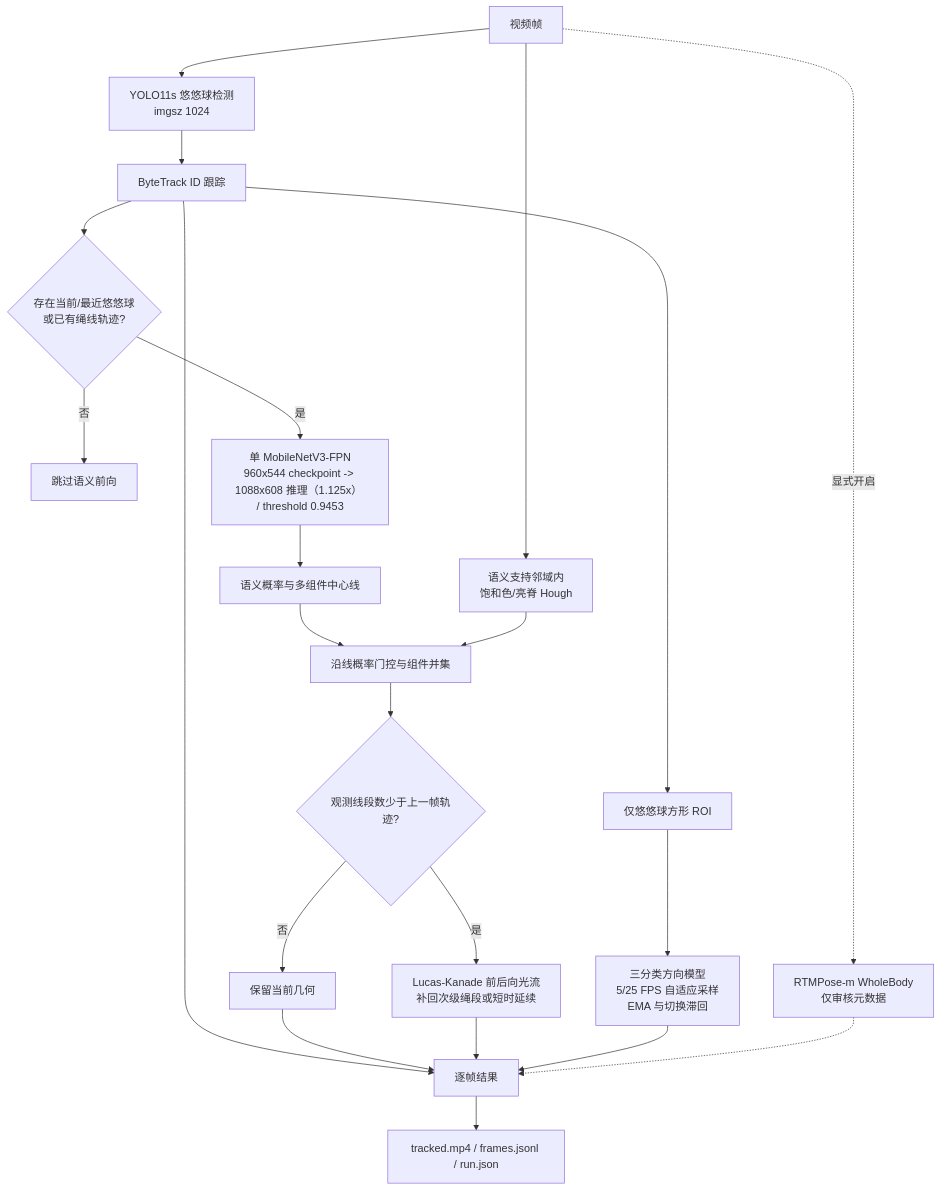
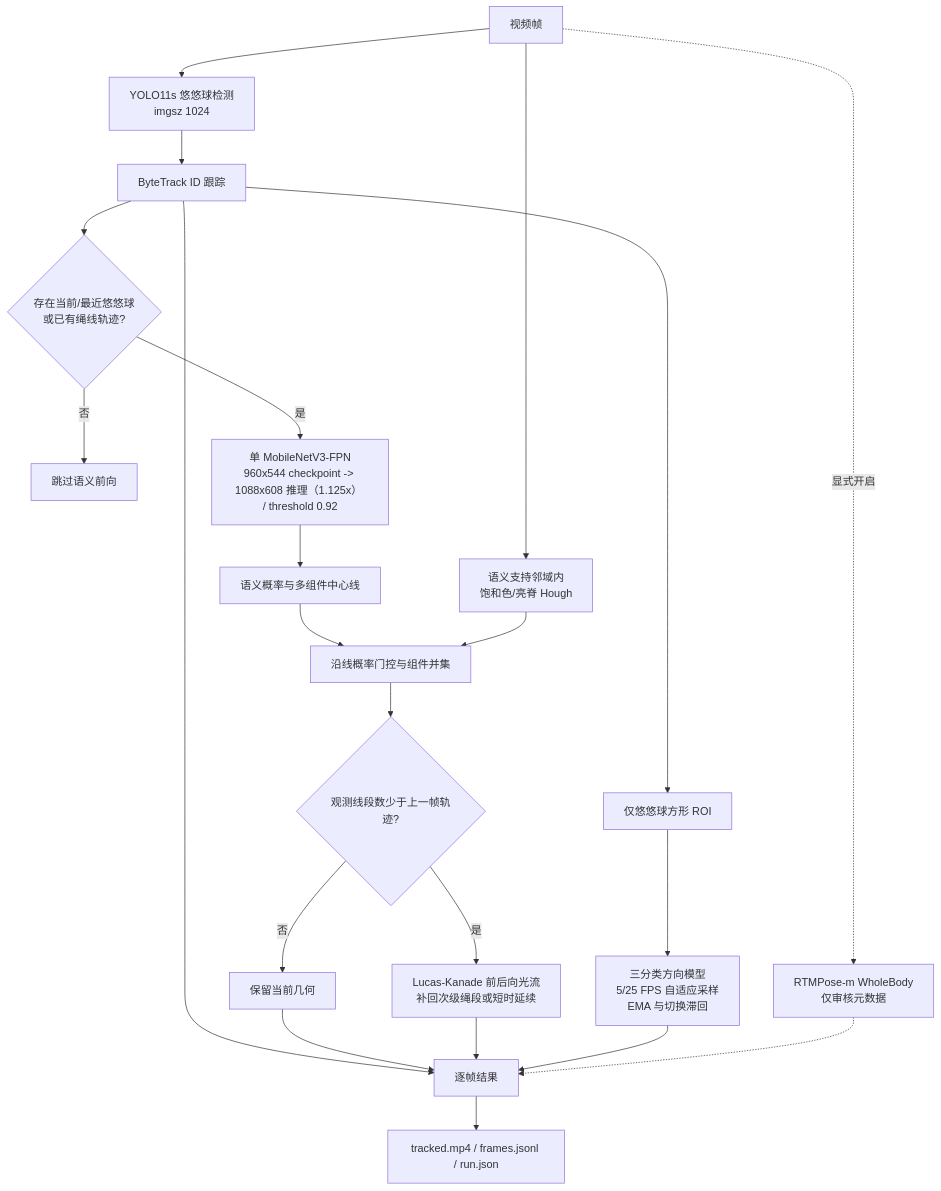
Before and after one commit to EvannZhongg/YoYo-Model: the diagram in reports/architecture_pipeline.md, drawn with Mermaid. The commit also changed 7 other files, not shown here.

````diff
--- a/reports/architecture_pipeline.md
+++ b/reports/architecture_pipeline.md
@@ -5,28 +5,28 @@
 ```mermaid
 flowchart TD
     A[视频帧] --> B[YOLO11s 悠悠球检测<br/>imgsz 1024]
     B --> C[ByteTrack ID 跟踪]
 
     C --> D{存在当前/最近悠悠球<br/>或已有绳线轨迹?}
     D -->|否| E[跳过语义前向]
-    D -->|是| F[单 MobileNetV3-FPN<br/>960x544 checkpoint -> 1088x608 推理（1.125x） / threshold 0.9453]
+    D -->|是| F[单 MobileNetV3-FPN<br/>960x544 checkpoint -> 1088x608 推理（1.125x） / threshold 0.92]
     F --> G[语义概率与多组件中心线]
     A --> H[语义支持邻域内<br/>饱和色/亮脊 Hough]
     G --> I[沿线概率门控与组件并集]
     H --> I
 
     I --> J{观测线段数少于上一帧轨迹?}
     J -->|否| K[保留当前几何]
     J -->|是| L[Lucas-Kanade 前后向光流<br/>补回次级绳段或短时延续]
 
     C --> M[仅悠悠球方形 ROI]
     M --> N[三分类方向模型<br/>5/25 FPS 自适应采样<br/>EMA 与切换滞回]
     A -. 显式开启 .-> O[RTMPose-m WholeBody<br/>仅审核元数据]
 
     C --> P[逐帧结果]
     K --> P
     L --> P
     N --> P
     O -.-> P
     P --> Q[tracked.mp4 / frames.jsonl / run.json]
 ```
````
